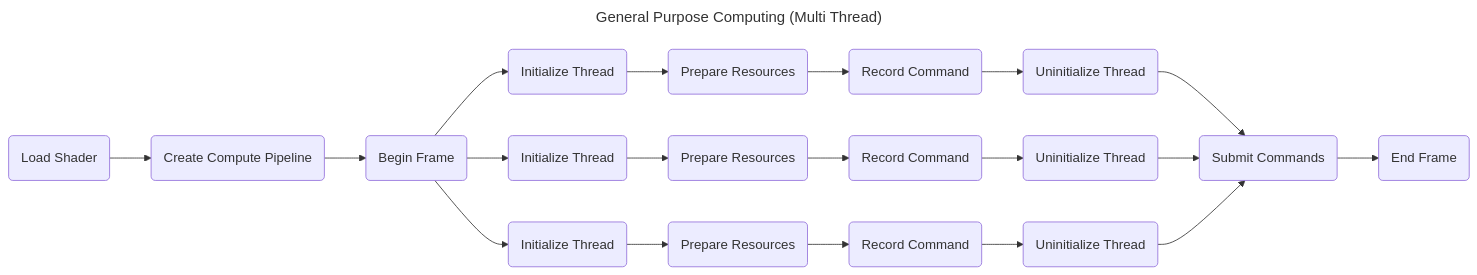
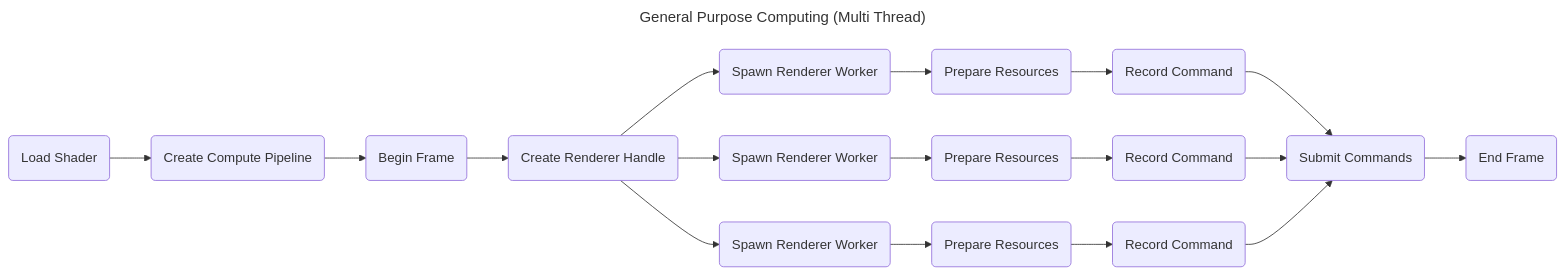
Before and after one commit to ozguronsoy/HephGL: the third of 3 diagrams in README.md, drawn with Mermaid. The commit also changed other lines of this file and 1 other file, not shown here.

Commit message:
Add README to tests dir and update the top-level README (#33)
This also updates the multithreaded computing graph.

````diff
--- a/README.md
+++ b/README.md
@@ -137,28 +153,26 @@
 ```mermaid
 ---
 title: General Purpose Computing (Multi Thread)
 ---
 graph LR;
     A(Load Shader) --> B(Create Compute Pipeline);
     B --> C(Begin Frame)
+    C --> D(Create Renderer Handle)
 
-    C --> D1(Initialize Thread)
-    D1 --> E1(Prepare Resources)
-    E1 --> F1(Record Command)
-    F1 --> G1(Uninitialize Thread)
+    D --> E1(Spawn Renderer Worker)
+    E1 --> F1(Prepare Resources)
+    F1 --> G1(Record Command)
     G1 --> H(Submit Commands)
     
-    C --> D2(Initialize Thread)
-    D2 --> E2(Prepare Resources)
-    E2 --> F2(Record Command)
-    F2 --> G2(Uninitialize Thread)
+    D --> E2(Spawn Renderer Worker)
+    E2 --> F2(Prepare Resources)
+    F2 --> G2(Record Command)
     G2 --> H(Submit Commands)
 
-    C --> D3(Initialize Thread)
-    D3 --> E3(Prepare Resources)
-    E3 --> F3(Record Command)
-    F3 --> G3(Uninitialize Thread)
+    D --> E3(Spawn Renderer Worker)
+    E3 --> F3(Prepare Resources)
+    F3 --> G3(Record Command)
     G3 --> H(Submit Commands)
 
     H --> I(End Frame)
 ```
````
